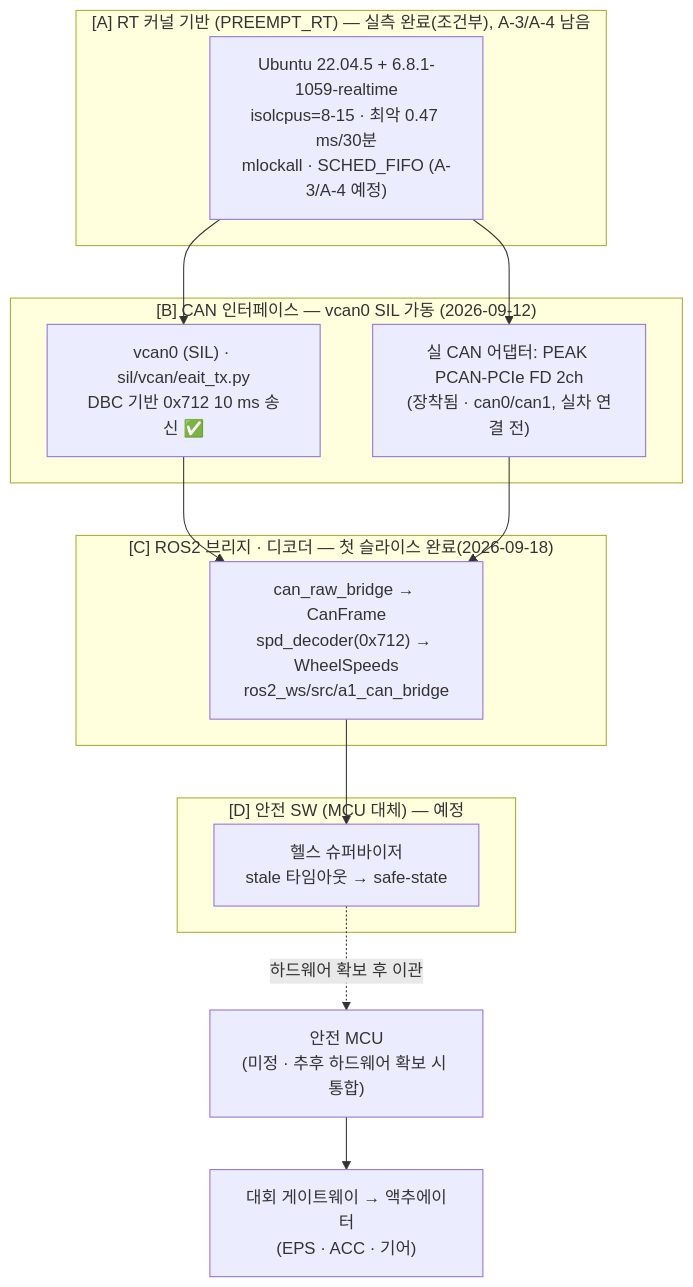
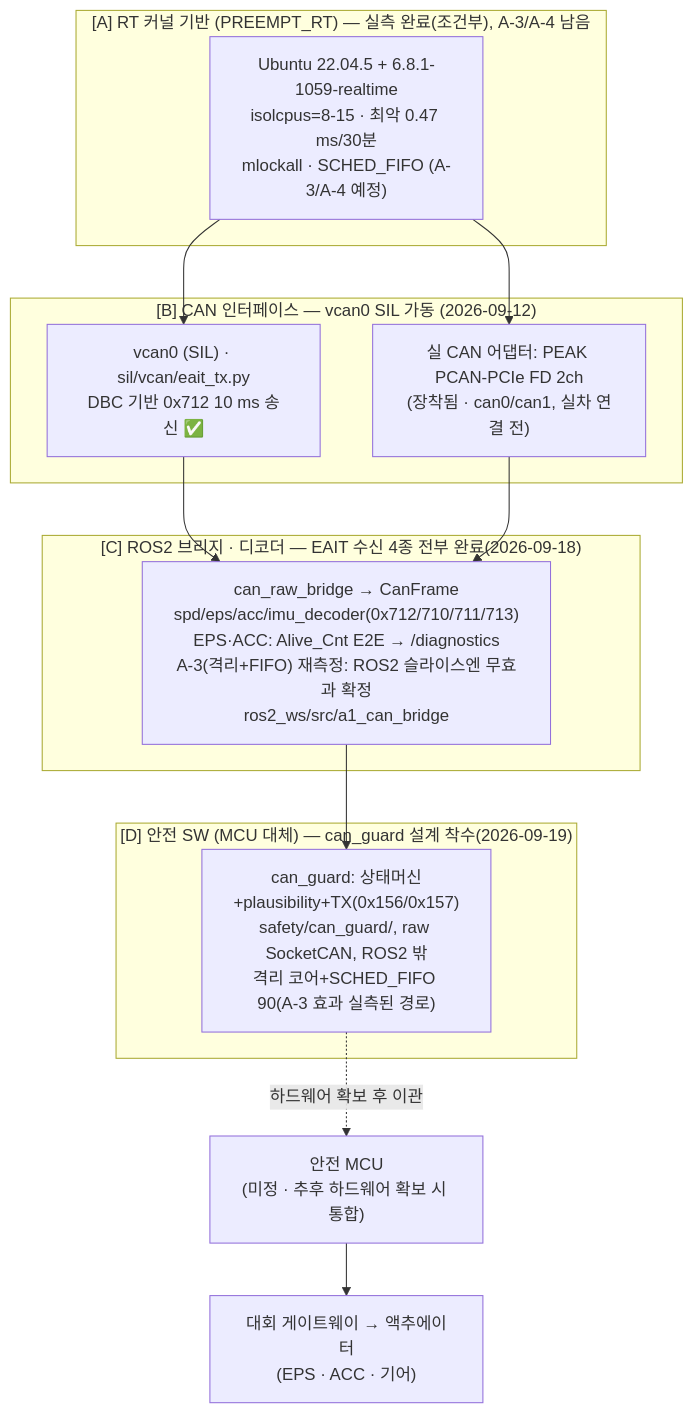
One commit to seungmin01-miru/A1-BSW changed the first of 3 diagrams in can_stack_development.md. Above: the diagram before and after it, drawn with Mermaid. The commit also changed other lines of this file and 30 other files, not shown here.

````diff
--- a/can_stack_development.md
+++ b/can_stack_development.md
@@ -21,26 +21,26 @@
 ```mermaid
 flowchart TB
   subgraph A["[A] RT 커널 기반 (PREEMPT_RT) — 실측 완료(조건부), A-3/A-4 남음"]
     K["Ubuntu 22.04.5 + 6.8.1-1059-realtime<br/>isolcpus=8-15 · 최악 0.47 ms/30분<br/>mlockall · SCHED_FIFO (A-3/A-4 예정)"]
   end
   subgraph B["[B] CAN 인터페이스 — vcan0 SIL 가동 (2026-09-12)"]
     VCAN["vcan0 (SIL) · sil/vcan/eait_tx.py<br/>DBC 기반 0x712 10 ms 송신 ✅"]
     RCAN["실 CAN 어댑터: PEAK PCAN-PCIe FD 2ch<br/>(장착됨 · can0/can1, 실차 연결 전)"]
   end
-  subgraph C["[C] ROS2 브리지 · 디코더 — 첫 슬라이스 완료(2026-09-18)"]
-    DEC["can_raw_bridge → CanFrame<br/>spd_decoder(0x712) → WheelSpeeds<br/>ros2_ws/src/a1_can_bridge"]
+  subgraph C["[C] ROS2 브리지 · 디코더 — EAIT 수신 4종 전부 완료(2026-09-18)"]
+    DEC["can_raw_bridge → CanFrame<br/>spd/eps/acc/imu_decoder(0x712/710/711/713)<br/>EPS·ACC: Alive_Cnt E2E → /diagnostics<br/>A-3(격리+FIFO) 재측정: ROS2 슬라이스엔 무효과 확정<br/>ros2_ws/src/a1_can_bridge"]
   end
-  subgraph D["[D] 안전 SW (MCU 대체) — 예정"]
-    WD["헬스 슈퍼바이저<br/>stale 타임아웃 → safe-state"]
+  subgraph D["[D] 안전 SW (MCU 대체) — can_guard 설계 착수(2026-09-19)"]
+    WD["can_guard: 상태머신+plausibility+TX(0x156/0x157)<br/>safety/can_guard/, raw SocketCAN, ROS2 밖<br/>격리 코어+SCHED_FIFO 90(A-3 효과 실측된 경로)"]
   end
   MCU["안전 MCU<br/>(미정 · 추후 하드웨어 확보 시 통합)"]
   GW["대회 게이트웨이 → 액추에이터<br/>(EPS · ACC · 기어)"]
 
   K --> VCAN
   K --> RCAN
   VCAN --> DEC
   RCAN --> DEC
   DEC --> WD
   WD -.하드웨어 확보 후 이관.-> MCU
   MCU --> GW
 ```
````
